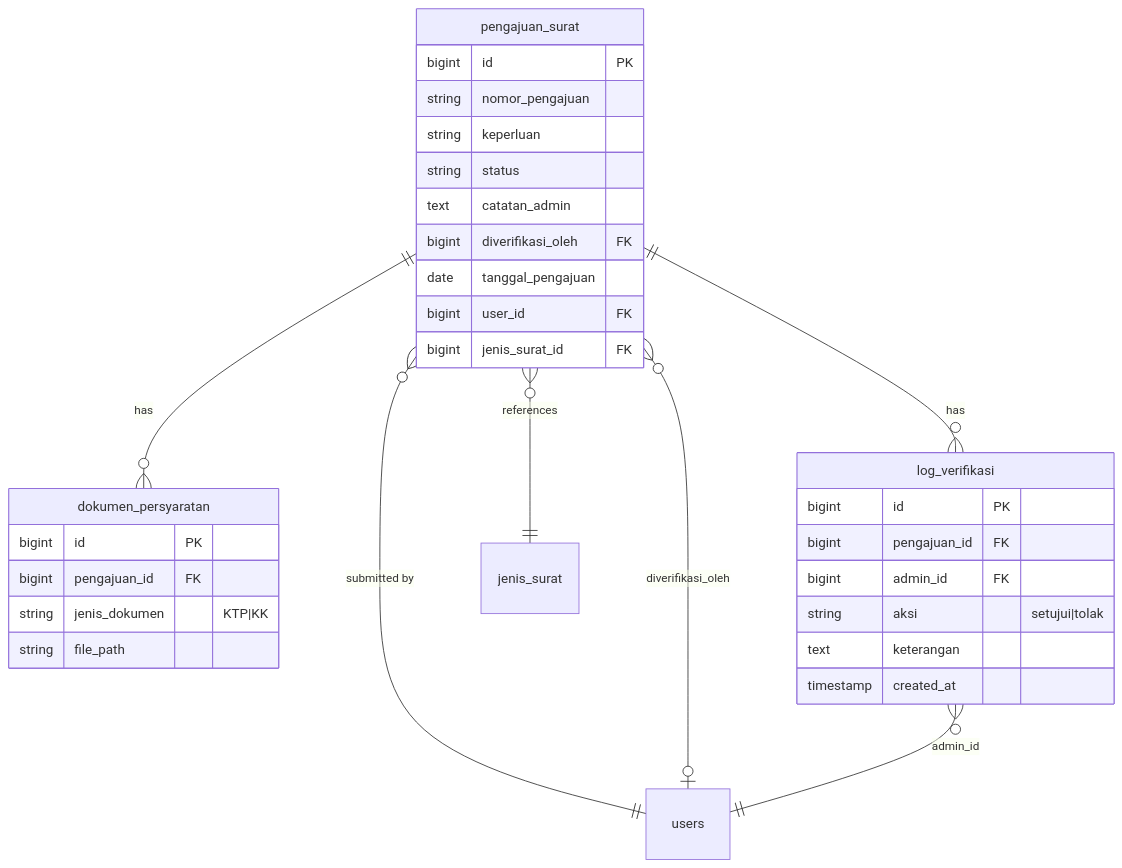
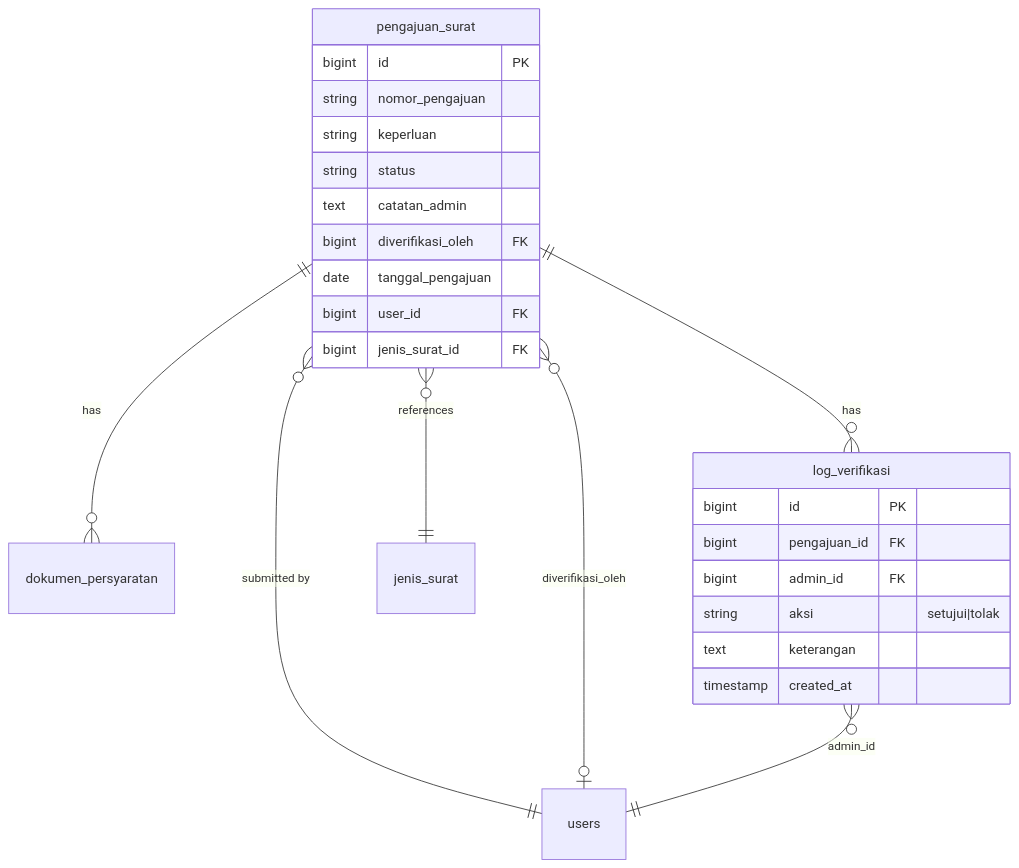
The second of 2 diagrams in docs/dev-docs/features/verifikasi-pengajuan.md (ZulfikarHD/sistem-desa), drawn with Mermaid before and after one commit. The commit also changed other lines of this file and 31 other files, not shown here.

````diff
--- a/docs/dev-docs/features/verifikasi-pengajuan.md
+++ b/docs/dev-docs/features/verifikasi-pengajuan.md
@@ -36,34 +33,28 @@
 ```mermaid
 erDiagram
     pengajuan_surat ||--o{ dokumen_persyaratan : has
     pengajuan_surat ||--o{ log_verifikasi : has
     pengajuan_surat }o--|| users : "submitted by"
     pengajuan_surat }o--o| users : "diverifikasi_oleh"
     pengajuan_surat }o--|| jenis_surat : references
     log_verifikasi }o--|| users : "admin_id"
     pengajuan_surat {
         bigint id PK
         string nomor_pengajuan
         string keperluan
         string status
         text catatan_admin
         bigint diverifikasi_oleh FK
         date tanggal_pengajuan
         bigint user_id FK
         bigint jenis_surat_id FK
     }
     log_verifikasi {
         bigint id PK
         bigint pengajuan_id FK
         bigint admin_id FK
         string aksi "setujui|tolak"
         text keterangan
         timestamp created_at
     }
-    dokumen_persyaratan {
-        bigint id PK
-        bigint pengajuan_id FK
-        string jenis_dokumen "KTP|KK"
-        string file_path
-    }
 ```
````
